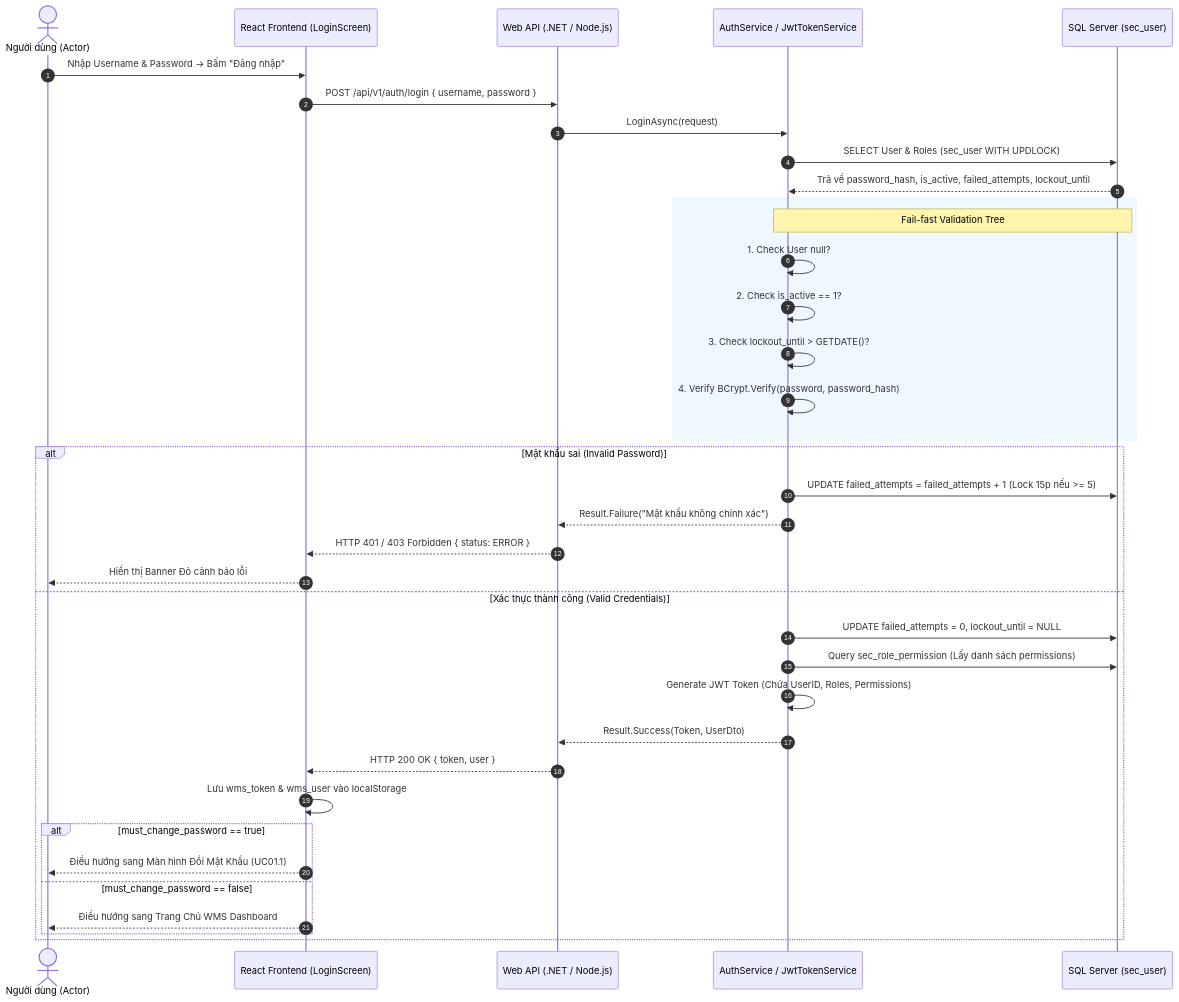
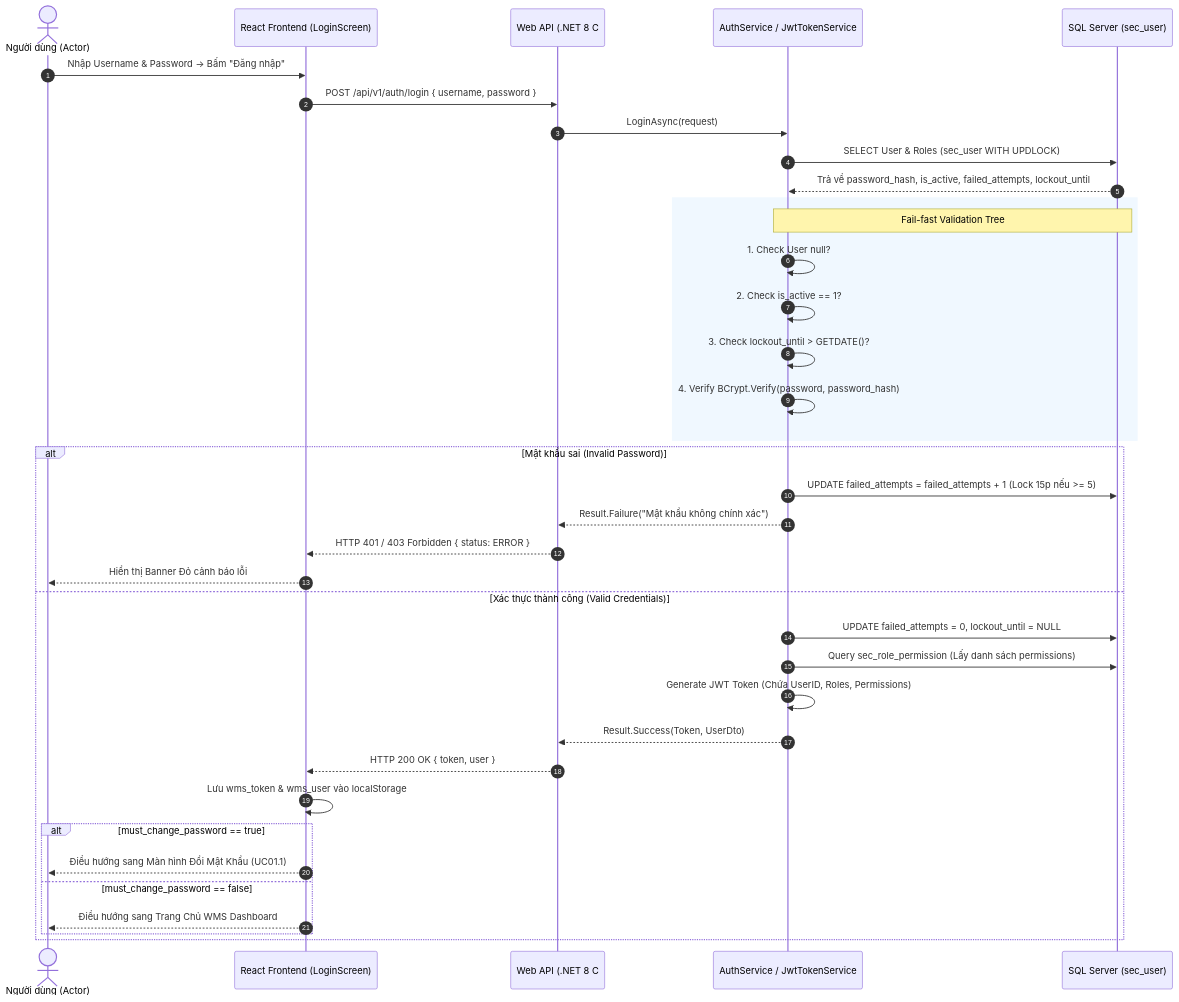
One commit to Sohoa-KNSG/wms1 changed the first of 3 diagrams in 02_Process_UseCase/UC01_Login.md. Above: the diagram before and after it, drawn with Mermaid. The commit also changed other lines of this file and 13 other files, not shown here.

````diff
--- a/02_Process_UseCase/UC01_Login.md
+++ b/02_Process_UseCase/UC01_Login.md
@@ -199,42 +199,42 @@
 ```mermaid
 sequenceDiagram
     autonumber
     actor User as Người dùng (Actor)
     participant UI as React Frontend (LoginScreen)
-    participant API as Web API (.NET / Node.js)
+    participant API as Web API (.NET 8 C#)
     participant Auth as AuthService / JwtTokenService
     participant DB as SQL Server (sec_user)
 
     User->>UI: Nhập Username & Password -> Bấm "Đăng nhập"
     UI->>API: POST /api/v1/auth/login { username, password }
     API->>Auth: LoginAsync(request)
     Auth->>DB: SELECT User & Roles (sec_user WITH UPDLOCK)
     DB-->>Auth: Trả về password_hash, is_active, failed_attempts, lockout_until
 
     rect rgb(240, 248, 255)
         Note over Auth,DB: Fail-fast Validation Tree
         Auth->>Auth: 1. Check User null?
         Auth->>Auth: 2. Check is_active == 1?
         Auth->>Auth: 3. Check lockout_until > GETDATE()?
         Auth->>Auth: 4. Verify BCrypt.Verify(password, password_hash)
     end
 
     alt Mật khẩu sai (Invalid Password)
         Auth->>DB: UPDATE failed_attempts = failed_attempts + 1 (Lock 15p nếu >= 5)
         Auth-->>API: Result.Failure("Mật khẩu không chính xác")
         API-->>UI: HTTP 401 / 403 Forbidden { status: ERROR }
         UI-->>User: Hiển thị Banner Đỏ cảnh báo lỗi
     else Xác thực thành công (Valid Credentials)
         Auth->>DB: UPDATE failed_attempts = 0, lockout_until = NULL
         Auth->>DB: Query sec_role_permission (Lấy danh sách permissions)
         Auth->>Auth: Generate JWT Token (Chứa UserID, Roles, Permissions)
         Auth-->>API: Result.Success(Token, UserDto)
         API-->>UI: HTTP 200 OK { token, user }
         UI->>UI: Lưu wms_token & wms_user vào localStorage
         alt must_change_password == true
             UI-->>User: Điều hướng sang Màn hình Đổi Mật Khẩu (UC01.1)
         else must_change_password == false
             UI-->>User: Điều hướng sang Trang Chủ WMS Dashboard
         end
     end
 ```
````
